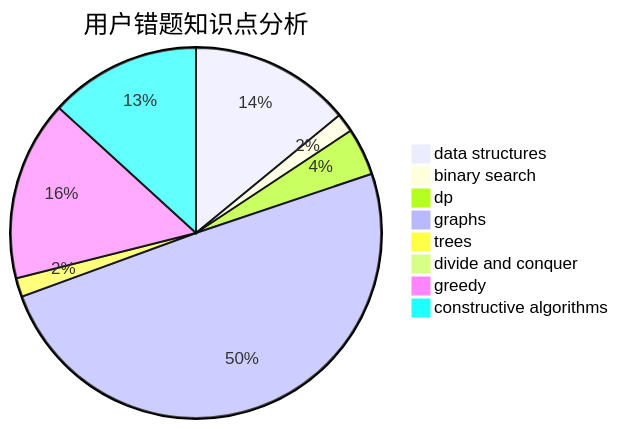
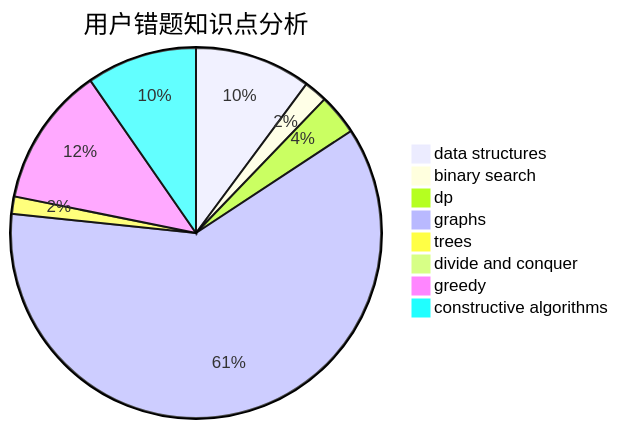
The third of 3 diagrams in docs/user/u654.md (sherpahu/cfrs.github.io), drawn with Mermaid before and after one commit. The commit also changed other lines of this file and 2770 other files, not shown here.

````diff
--- a/docs/user/u654.md
+++ b/docs/user/u654.md
@@ -36,11 +36,11 @@
 ```mermaid
 pie title 用户错题知识点分析
-    "data structures" :  17
-    "binary search" :  2
-    "dp" :  5
-    "graphs" :  60
-    "trees" :  2
+    "data structures" :  20
+    "binary search" :  4
+    "dp" :  7
+    "graphs" :  120
+    "trees" :  3
     "divide and conquer" :  0
-    "greedy" :  19
-    "constructive algorithms" :  16
+    "greedy" :  24
+    "constructive algorithms" :  19
 ```
````
